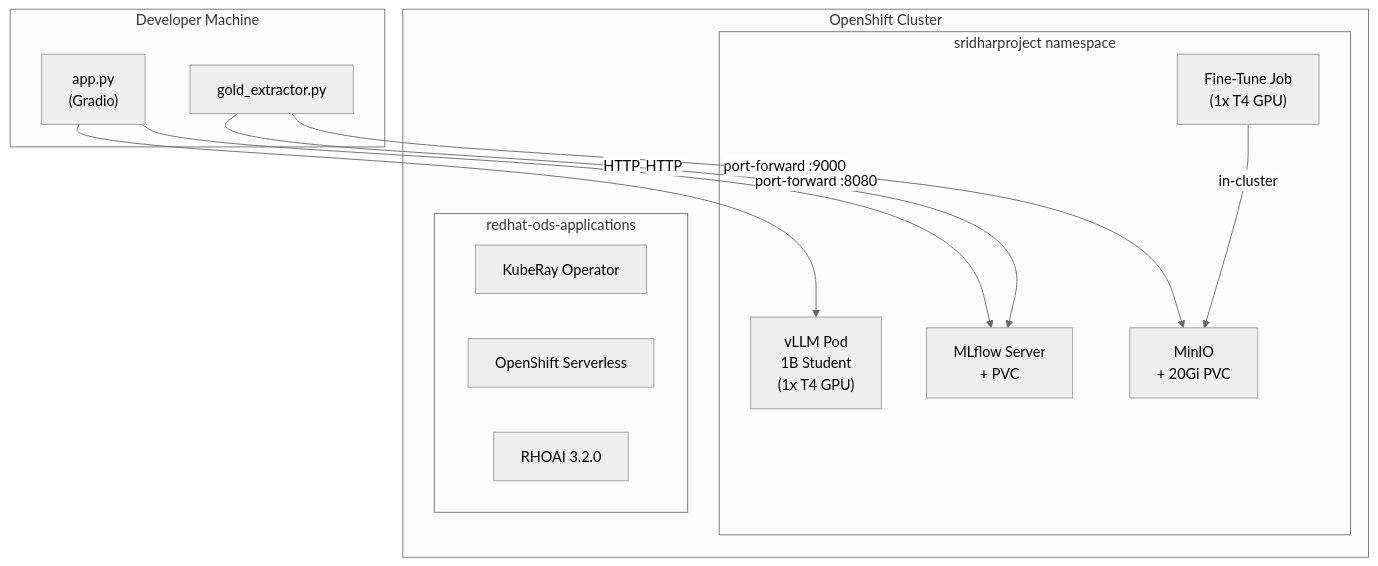
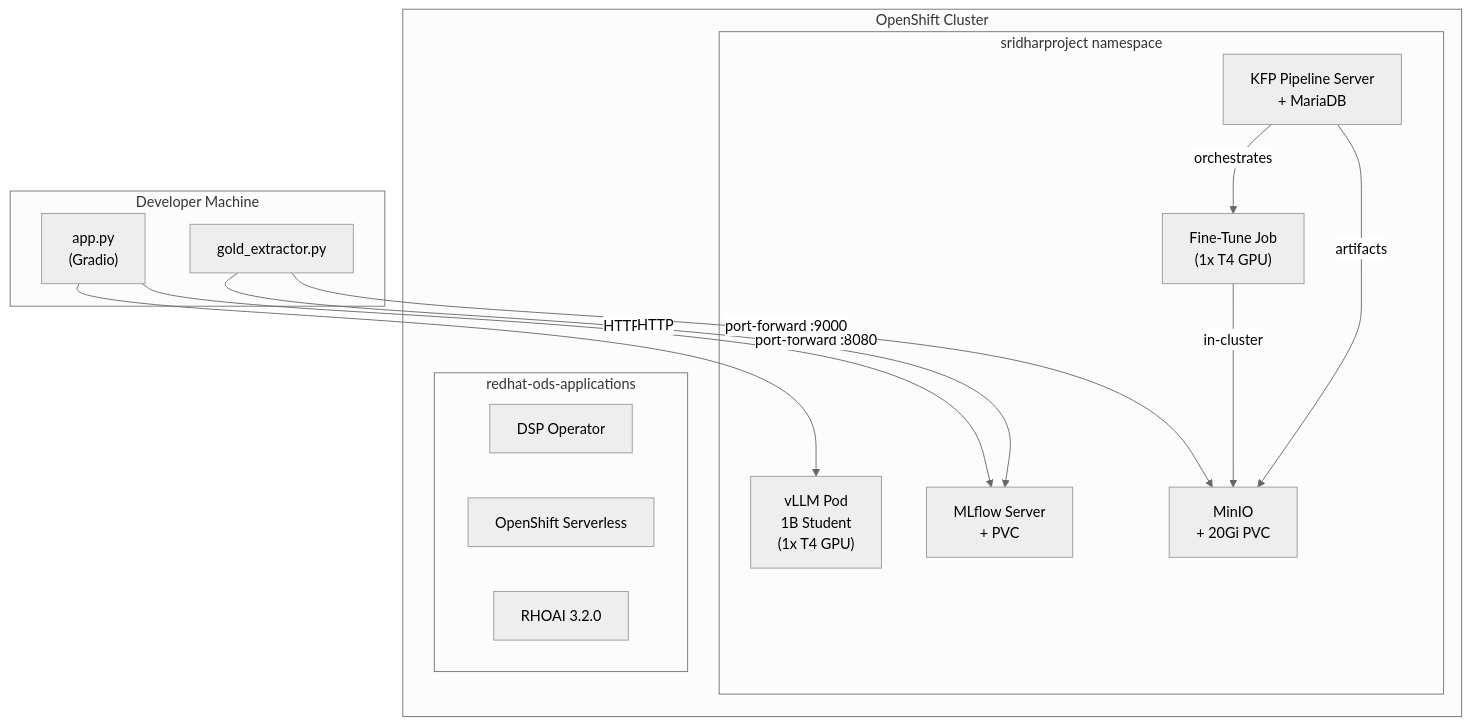
Before and after one commit to Sridhar1030/AgentBuilder: the second of 3 diagrams in docs/architecture.md, drawn with Mermaid (neutral theme). The commit also changed other lines of this file and 9 other files, not shown here.

First line of the commit message:
Update sprint documentation and architecture diagrams for KFP integration

````diff
--- a/docs/architecture.md
+++ b/docs/architecture.md
@@ -24,27 +24,30 @@
 ```mermaid
 flowchart TB
     subgraph OpenShift["OpenShift Cluster"]
         subgraph ns["sridharproject namespace"]
             vLLM["vLLM Pod\n1B Student\n(1x T4 GPU)"]
             MLflow["MLflow Server\n+ PVC"]
             MinIO["MinIO\n+ 20Gi PVC"]
             Job["Fine-Tune Job\n(1x T4 GPU)"]
+            KFP["KFP Pipeline Server\n+ MariaDB"]
         end
         subgraph ops["redhat-ods-applications"]
-            KubeRay["KubeRay Operator"]
+            DSP["DSP Operator"]
             Serverless["OpenShift Serverless"]
             RHOAI["RHOAI 3.2.0"]
         end
     end
 
     subgraph Local["Developer Machine"]
         App["app.py\n(Gradio)"]
         Extract["gold_extractor.py"]
     end
 
     App -- "port-forward :8080" --> vLLM
     App -- "HTTP" --> MLflow
     Extract -- "HTTP" --> MLflow
     Extract -- "port-forward :9000" --> MinIO
     Job -- "in-cluster" --> MinIO
+    KFP -- "orchestrates" --> Job
+    KFP -- "artifacts" --> MinIO
 ```
````
